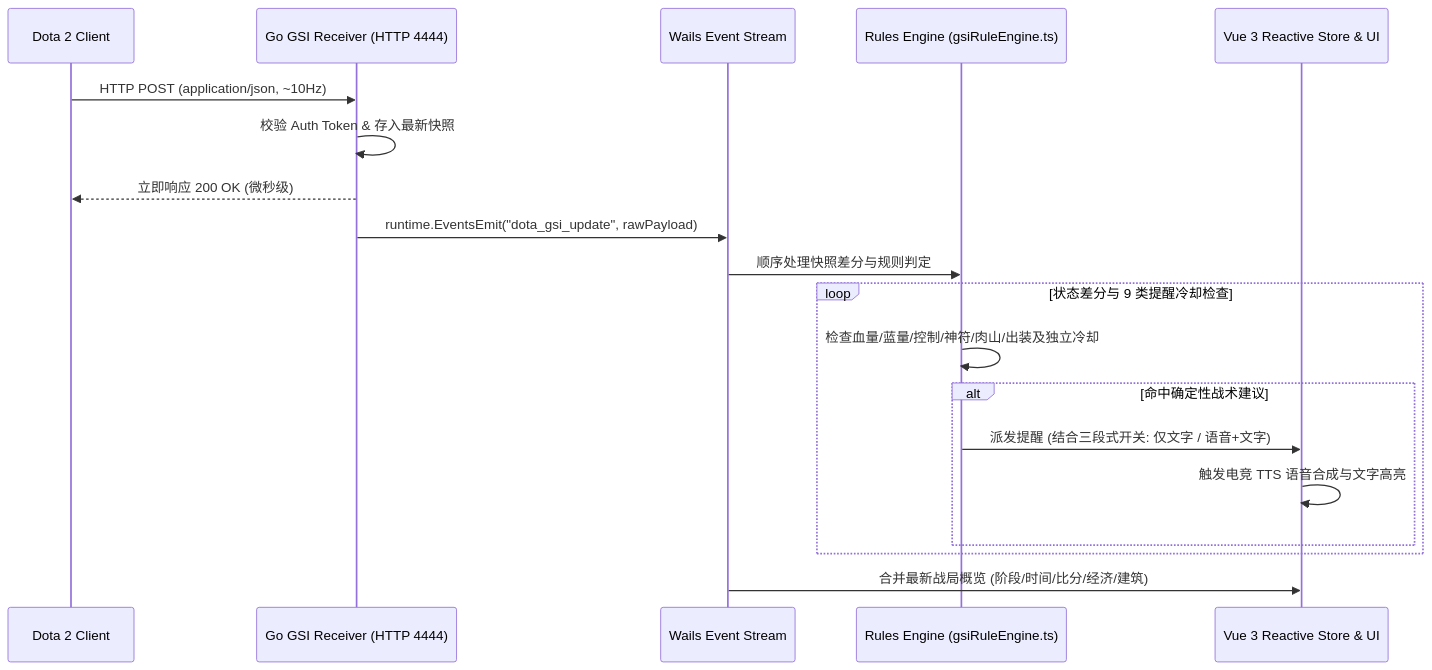
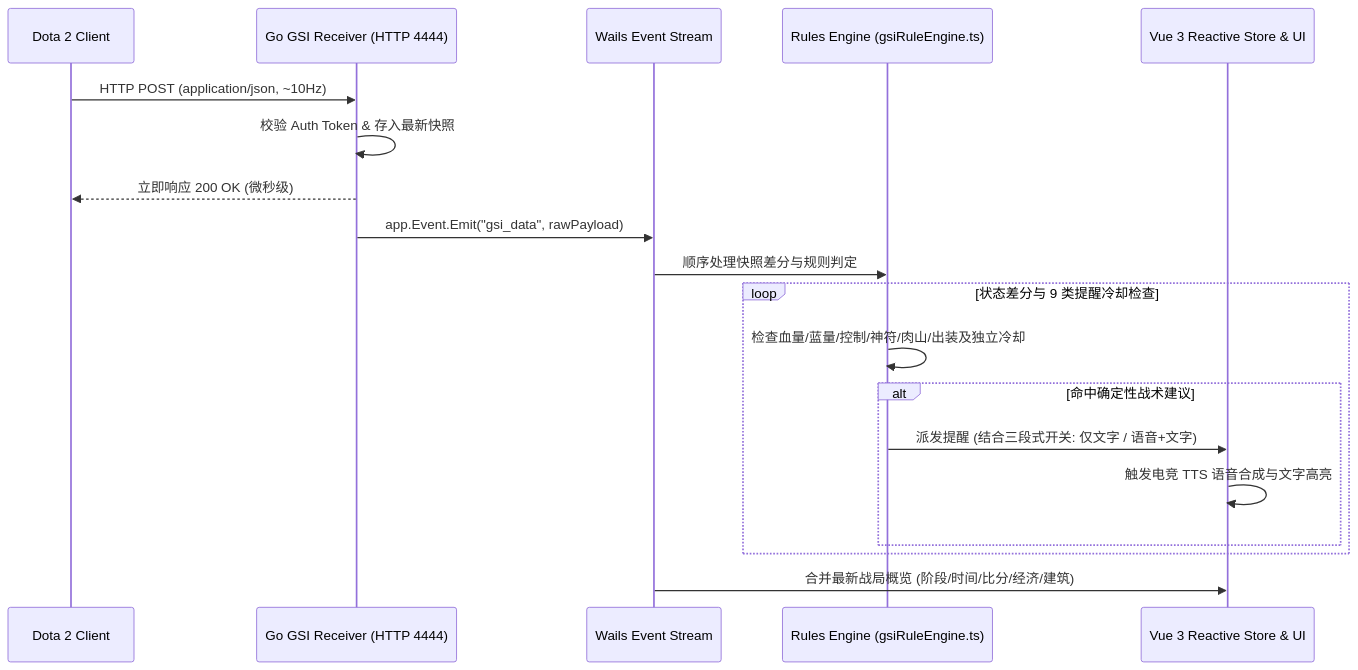
The first of 2 diagrams in docs/SUBSYSTEM_RUNTIMES.md (filusilia/tiny-coach), drawn with Mermaid before and after one commit. The commit also changed 94 other files, not shown here.

````diff
--- a/docs/SUBSYSTEM_RUNTIMES.md
+++ b/docs/SUBSYSTEM_RUNTIMES.md
@@ -11,22 +11,22 @@
 ```mermaid
 sequenceDiagram
     participant Dota as Dota 2 Client
     participant GoHTTP as Go GSI Receiver (HTTP 4444)
     participant Wails as Wails Event Stream
     participant Engine as Rules Engine (gsiRuleEngine.ts)
     participant Store as Vue 3 Reactive Store & UI
 
     Dota->>GoHTTP: HTTP POST (application/json, ~10Hz)
     GoHTTP->>GoHTTP: 校验 Auth Token & 存入最新快照
     GoHTTP-->>Dota: 立即响应 200 OK (微秒级)
-    GoHTTP->>Wails: runtime.EventsEmit("dota_gsi_update", rawPayload)
+    GoHTTP->>Wails: app.Event.Emit("gsi_data", rawPayload)
     Wails->>Engine: 顺序处理快照差分与规则判定
     loop 状态差分与 9 类提醒冷却检查
         Engine->>Engine: 检查血量/蓝量/控制/神符/肉山/出装及独立冷却
         alt 命中确定性战术建议
             Engine->>Store: 派发提醒 (结合三段式开关: 仅文字 / 语音+文字)
             Store->>Store: 触发电竞 TTS 语音合成与文字高亮
         end
     end
     Wails->>Store: 合并最新战局概览 (阶段/时间/比分/经济/建筑)
 ```
````
